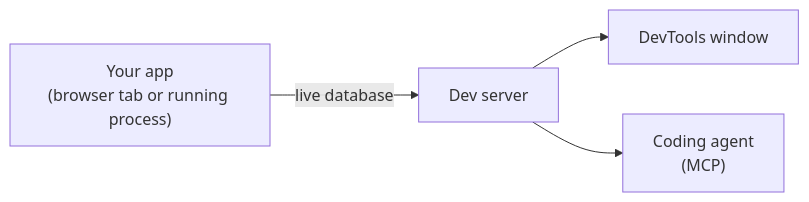
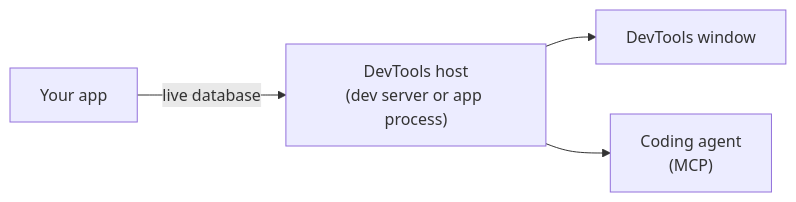
One commit to powersync-ja/powersync-docs changed the diagram in tools/devtools-overview.mdx. Above: the diagram before and after it, drawn with Mermaid. The commit also changed other lines of this file and 5 other files, not shown here.

First line of the commit message:
Add Capacitor to PowerSync DevTools docs (#734)

````diff
--- a/tools/devtools-overview.mdx
+++ b/tools/devtools-overview.mdx
@@ -33,6 +33,6 @@
 ```mermaid
 flowchart LR
-  App["Your app<br/>(browser tab or running process)"] -- "live database" --> Host["Dev server"]
+  App["Your app"] -- "live database" --> Host["DevTools host<br/>(dev server or app process)"]
   Host --> UI["DevTools window"]
   Host --> Agent["Coding agent<br/>(MCP)"]
 ```
````
